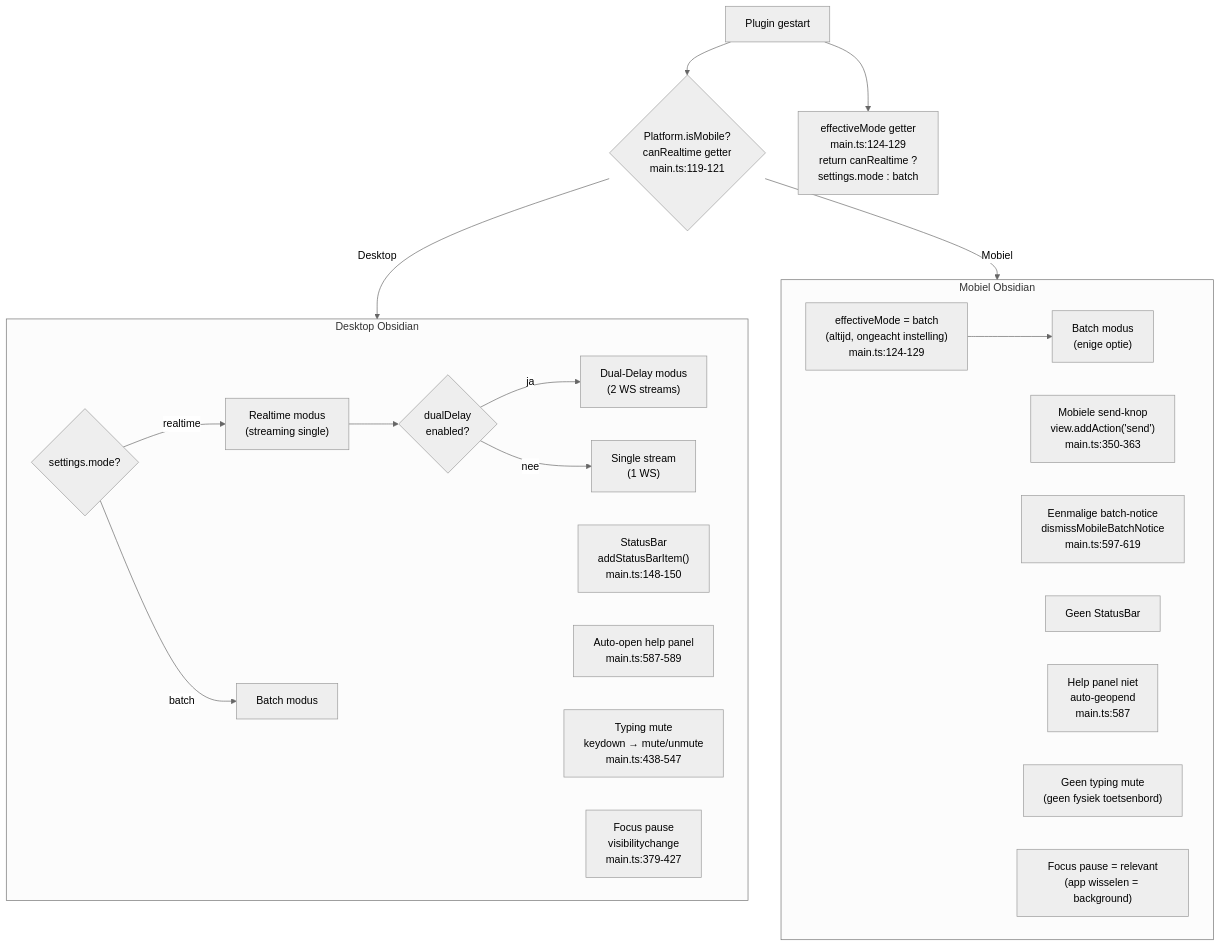
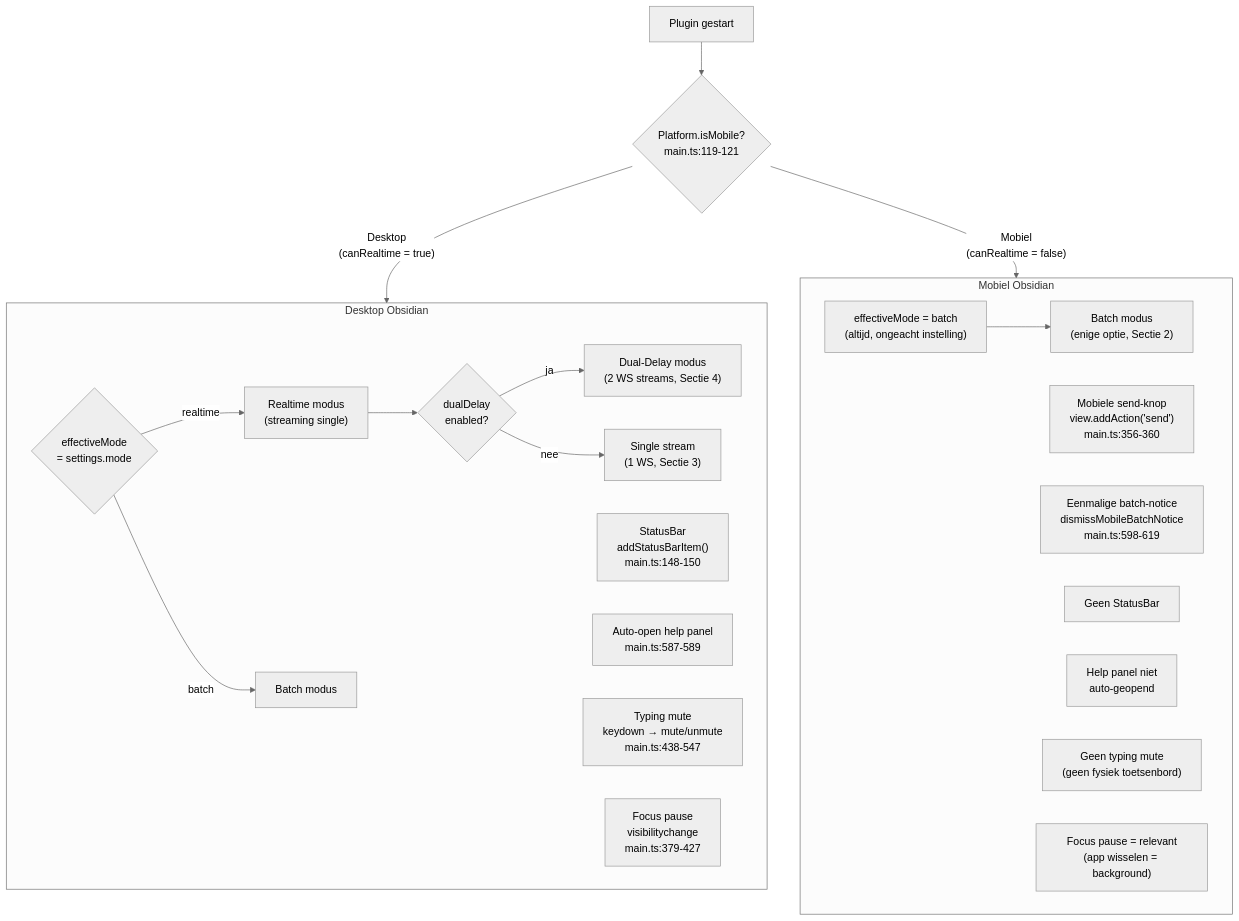
The seventh of 8 diagrams in AUDIO-FLOW.md (maxonamission/voxtral-transcribe), drawn with Mermaid (neutral theme) before and after one commit. The commit also changed other lines of this file, not shown here.

First line of the commit message:
Integral rewrite of AUDIO-FLOW.md for internal consistency

````diff
--- a/AUDIO-FLOW.md
+++ b/AUDIO-FLOW.md
@@ -465,35 +485,34 @@
 ```mermaid
 flowchart TB
     START["Plugin gestart"]
-    START --> PLATFORM{"Platform.isMobile?\ncanRealtime getter\nmain.ts:119-121"}
-    START --> EFFMODE["effectiveMode getter\nmain.ts:124-129\nreturn canRealtime ?\nsettings.mode : batch"]
+    START --> PLATFORM{"Platform.isMobile?\nmain.ts:119-121"}
 
-    PLATFORM -- "Desktop" --> DESK
-    PLATFORM -- "Mobiel" --> MOB
+    PLATFORM -- "Desktop\n(canRealtime = true)" --> DESK
+    PLATFORM -- "Mobiel\n(canRealtime = false)" --> MOB
 
     subgraph DESK["Desktop Obsidian"]
-        D_MODE{"settings.mode?"}
+        D_MODE{"effectiveMode\n= settings.mode"}
         D_MODE -- realtime --> D_RT["Realtime modus\n(streaming single)"]
         D_MODE -- batch --> D_BATCH["Batch modus"]
         D_RT --> D_DUAL{"dualDelay\nenabled?"}
-        D_DUAL -- ja --> D_DD["Dual-Delay modus\n(2 WS streams)"]
-        D_DUAL -- nee --> D_SINGLE["Single stream\n(1 WS)"]
+        D_DUAL -- ja --> D_DD["Dual-Delay modus\n(2 WS streams, Sectie 4)"]
+        D_DUAL -- nee --> D_SINGLE["Single stream\n(1 WS, Sectie 3)"]
 
         D_STATUS["StatusBar\naddStatusBarItem()\nmain.ts:148-150"]
         D_HELP["Auto-open help panel\nmain.ts:587-589"]
         D_TYPING["Typing mute\nkeydown → mute/unmute\nmain.ts:438-547"]
         D_FOCUS["Focus pause\nvisibilitychange\nmain.ts:379-427"]
     end
 
     subgraph MOB["Mobiel Obsidian"]
-        M_MODE["effectiveMode = batch\n(altijd, ongeacht instelling)\nmain.ts:124-129"]
-        M_MODE --> M_BATCH["Batch modus\n(enige optie)"]
+        M_MODE["effectiveMode = batch\n(altijd, ongeacht instelling)"]
+        M_MODE --> M_BATCH["Batch modus\n(enige optie, Sectie 2)"]
 
-        M_SEND["Mobiele send-knop\nview.addAction('send')\nmain.ts:350-363"]
-        M_NOTICE["Eenmalige batch-notice\ndismissMobileBatchNotice\nmain.ts:597-619"]
+        M_SEND["Mobiele send-knop\nview.addAction('send')\nmain.ts:356-360"]
+        M_NOTICE["Eenmalige batch-notice\ndismissMobileBatchNotice\nmain.ts:598-619"]
         M_NO_STATUS["Geen StatusBar"]
-        M_NO_HELP["Help panel niet\nauto-geopend\nmain.ts:587"]
+        M_NO_HELP["Help panel niet\nauto-geopend"]
         M_NO_TYPING["Geen typing mute\n(geen fysiek toetsenbord)"]
         M_FOCUS_REL["Focus pause = relevant\n(app wisselen = background)"]
     end
 ```
````
